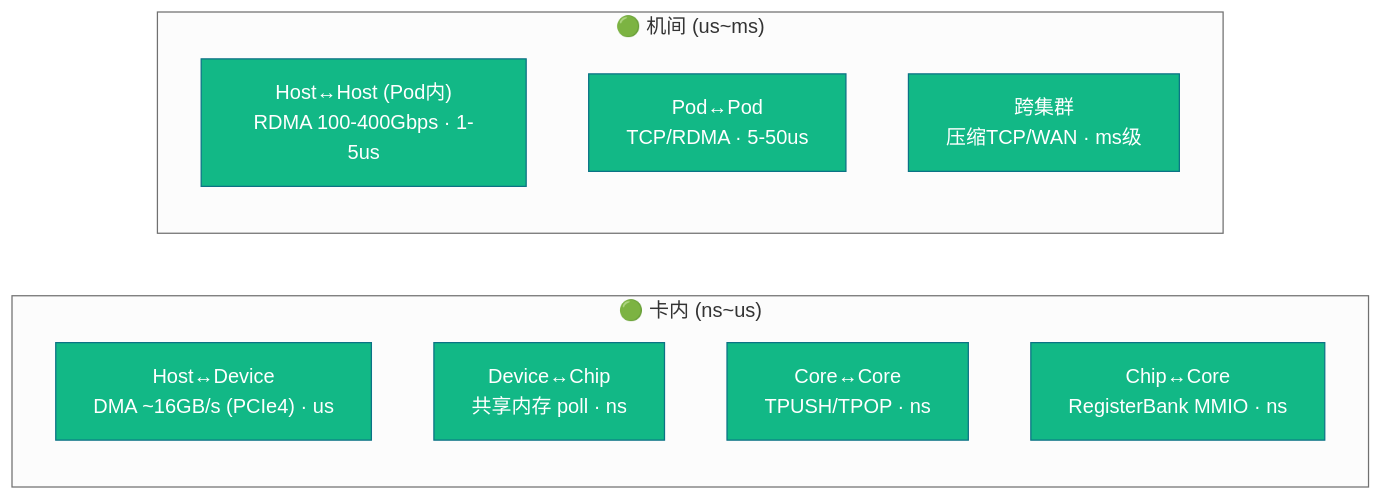
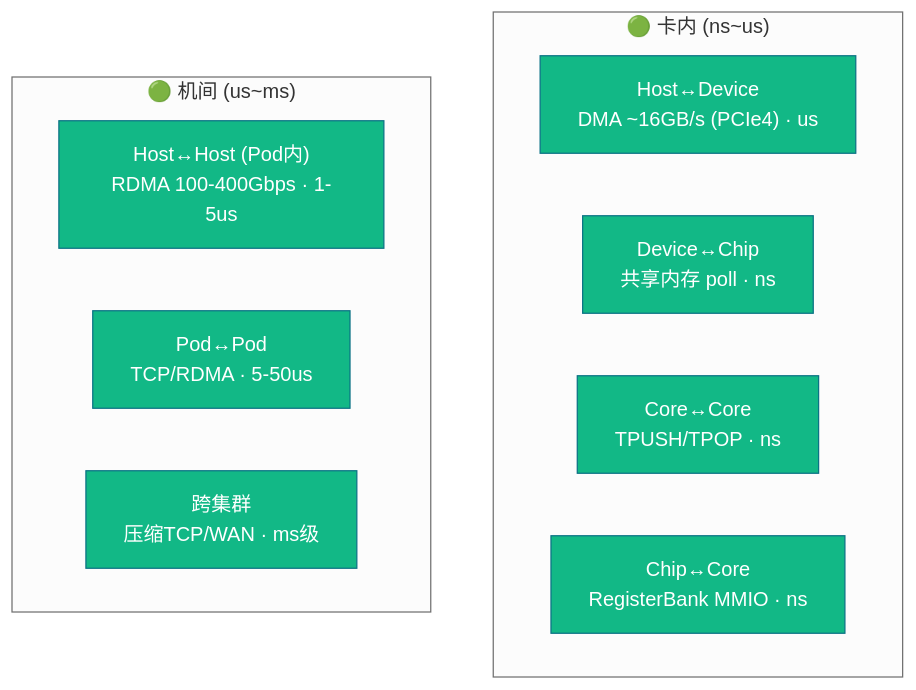
The third of 3 diagrams in reference/4plus1/05-physical-view.md (csy0225/pypto-project), drawn with Mermaid (neutral theme) before and after one commit. The commit also changed 6 other files, not shown here.

First line of the commit message:
docs: 所有 Mermaid 流程图改为纵向(TD)布局，避免横向超屏

````diff
--- a/reference/4plus1/05-physical-view.md
+++ b/reference/4plus1/05-physical-view.md
@@ -133,16 +133,16 @@
 ```mermaid
-graph LR
+graph TD
     subgraph intra["🟢 卡内 (ns~us)"]
         A["Host↔Device<br/>DMA ~16GB/s (PCIe4) · us"]
         B["Device↔Chip<br/>共享内存 poll · ns"]
         C["Core↔Core<br/>TPUSH/TPOP · ns"]
         D["Chip↔Core<br/>RegisterBank MMIO · ns"]
     end
     subgraph inter["🟢 机间 (us~ms)"]
         E["Host↔Host (Pod内)<br/>RDMA 100-400Gbps · 1-5us"]
         F["Pod↔Pod<br/>TCP/RDMA · 5-50us"]
         G["跨集群<br/>压缩TCP/WAN · ms级"]
     end
     classDef n fill:#12B886,stroke:#0B7285,color:#fff;
     class A,B,C,D,E,F,G n;
 ```
````
